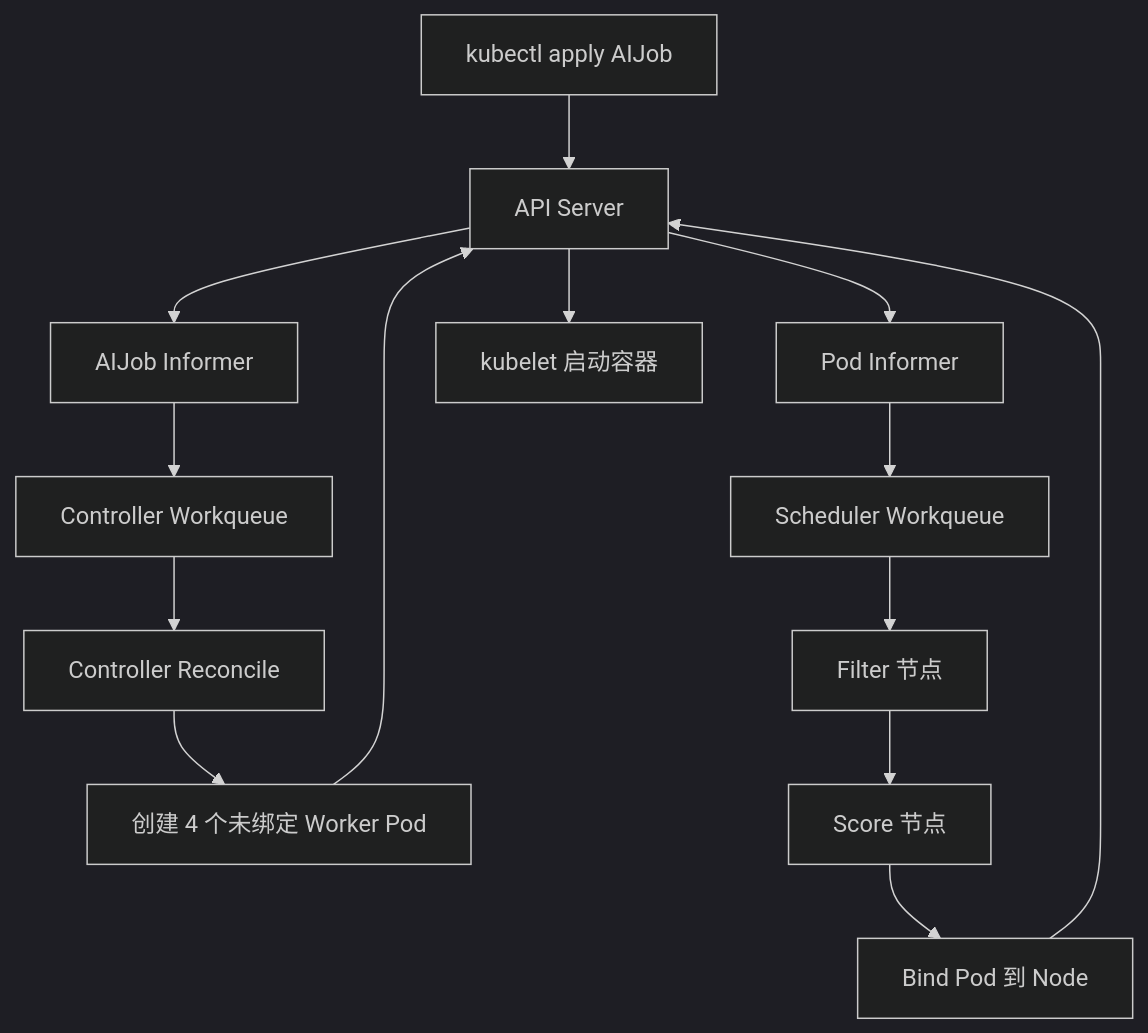
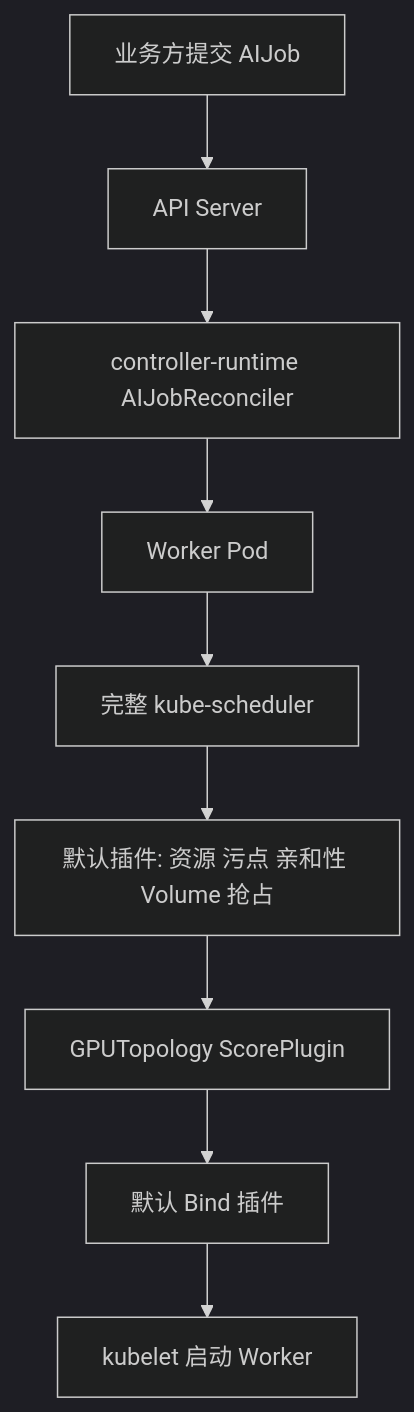
One commit to tihaya-anon/ai-infra changed the first of 3 diagrams in docs/tutorial.md. Above: the diagram before and after it, drawn with Mermaid (dark theme). The commit also changed other lines of this file and 27 other files, not shown here.

````diff
--- a/docs/tutorial.md
+++ b/docs/tutorial.md
@@ -31,16 +48,21 @@
 ```mermaid
 flowchart TD
-    CLI[kubectl apply AIJob] --> API[API Server]
-    API --> AIJobInformer[AIJob Informer]
-    AIJobInformer --> ControllerQueue[Controller Workqueue]
-    ControllerQueue --> Reconcile[Controller Reconcile]
-    Reconcile --> Workers[创建 4 个未绑定 Worker Pod]
-    Workers --> API
-    API --> PodInformer[Pod Informer]
-    PodInformer --> SchedulerQueue[Scheduler Workqueue]
-    SchedulerQueue --> Filter[Filter 节点]
-    Filter --> Score[Score 节点]
-    Score --> Bind[Bind Pod 到 Node]
-    Bind --> API
-    API --> Kubelet[kubelet 启动容器]
+    User[业务方提交 AIJob]
+    API[API Server]
+    Controller[controller-runtime AIJobReconciler]
+    Pod[Worker Pod]
+    Scheduler[完整 kube-scheduler]
+    Defaults[默认插件: 资源 污点 亲和性 Volume 抢占]
+    GPU[GPUTopology ScorePlugin]
+    Bind[默认 Bind 插件]
+    Kubelet[kubelet 启动 Worker]
+
+    User --> API
+    API --> Controller
+    Controller --> Pod
+    Pod --> Scheduler
+    Scheduler --> Defaults
+    Defaults --> GPU
+    GPU --> Bind
+    Bind --> Kubelet
 ```
````
